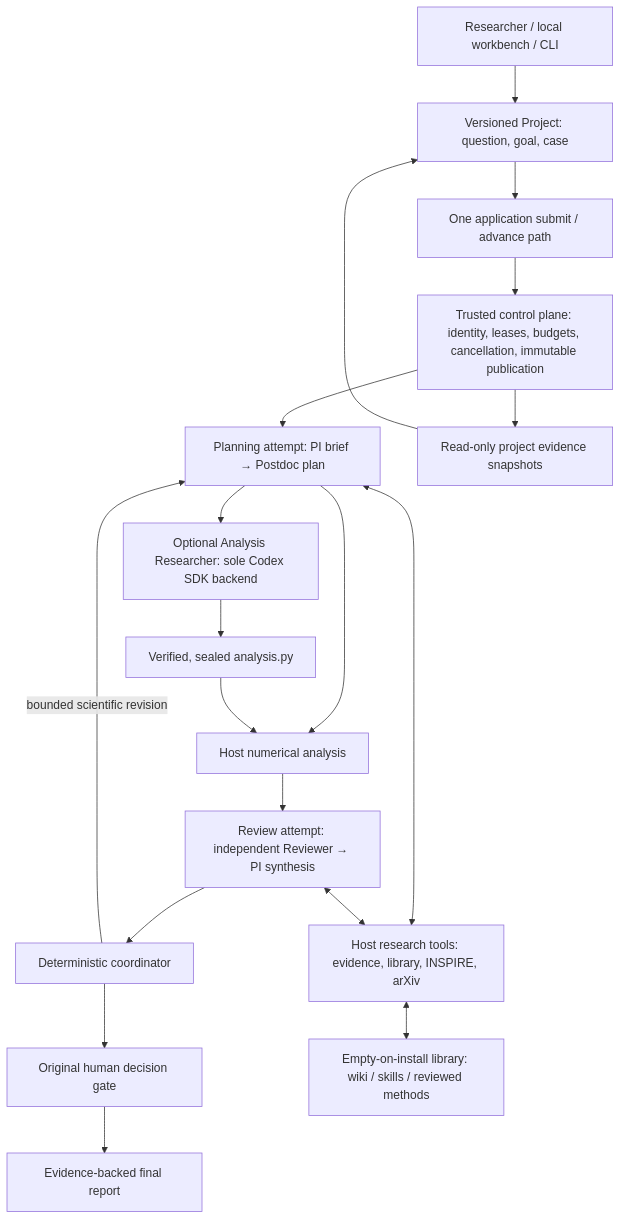
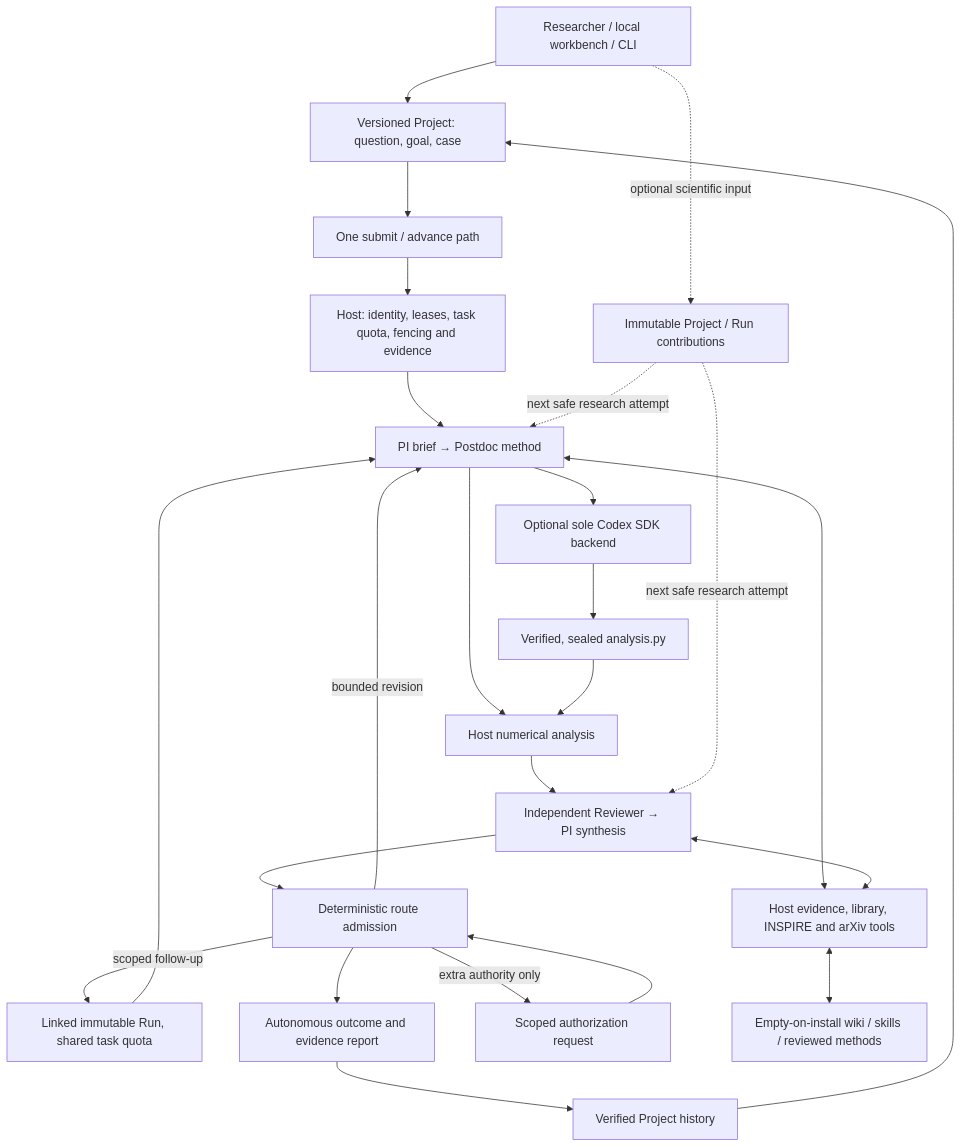
One commit to Xiaowei251129/lqcd-agent changed the diagram in docs/ARCHITECTURE.md. Above: the diagram before and after it, drawn with Mermaid. The commit also changed other lines of this file and 74 other files, not shown here.

Commit message:
Enable autonomous research completion and bounded experiments

````diff
--- a/docs/ARCHITECTURE.md
+++ b/docs/ARCHITECTURE.md
@@ -5,21 +5,27 @@
 ```mermaid
 flowchart TD
-    User[Researcher / local workbench / CLI] --> Project[Versioned Project: question, goal, case]
-    Project --> Submit[One application submit / advance path]
-    Submit --> Control[Trusted control plane: identity, leases, budgets, cancellation, immutable publication]
-    Control --> Plan[Planning attempt: PI brief → Postdoc plan]
-    Plan --> Code[Optional Analysis Researcher: sole Codex SDK backend]
-    Plan --> Analysis[Host numerical analysis]
-    Code --> Sealed[Verified, sealed analysis.py]
-    Sealed --> Analysis
-    Analysis --> Review[Review attempt: independent Reviewer → PI synthesis]
-    Review --> Decision[Deterministic coordinator]
-    Decision -->|bounded scientific revision| Plan
-    Decision --> Gate[Original human decision gate]
-    Gate --> Report[Evidence-backed final report]
-    Plan <--> Tools[Host research tools: evidence, library, INSPIRE, arXiv]
+    User["Researcher / local workbench / CLI"] --> Project["Versioned Project: question, goal, case"]
+    Project --> Submit["One submit / advance path"]
+    Submit --> Control["Host: identity, leases, task quota, fencing and evidence"]
+    Control --> Plan["PI brief → Postdoc method"]
+    Plan --> Code["Optional sole Codex SDK backend"]
+    Plan --> Analysis["Host numerical analysis"]
+    Code --> Seal["Verified, sealed analysis.py"]
+    Seal --> Analysis
+    Analysis --> Review["Independent Reviewer → PI synthesis"]
+    Review --> Decision["Deterministic route admission"]
+    Decision -->|bounded revision| Plan
+    Decision -->|scoped follow-up| Child["Linked immutable Run, shared task quota"]
+    Child --> Plan
+    Decision --> Report["Autonomous outcome and evidence report"]
+    Decision -->|extra authority only| Auth["Scoped authorization request"]
+    Auth --> Decision
+    User -. optional scientific input .-> Notes["Immutable Project / Run contributions"]
+    Notes -. next safe research attempt .-> Plan
+    Notes -. next safe research attempt .-> Review
+    Plan <--> Tools["Host evidence, library, INSPIRE and arXiv tools"]
     Review <--> Tools
-    Tools <--> Library[Empty-on-install library: wiki / skills / reviewed methods]
-    Control --> Capture[Read-only project evidence snapshots]
+    Tools <--> Library["Empty-on-install wiki / skills / reviewed methods"]
+    Report --> Capture["Verified Project history"]
     Capture --> Project
 ```
````
